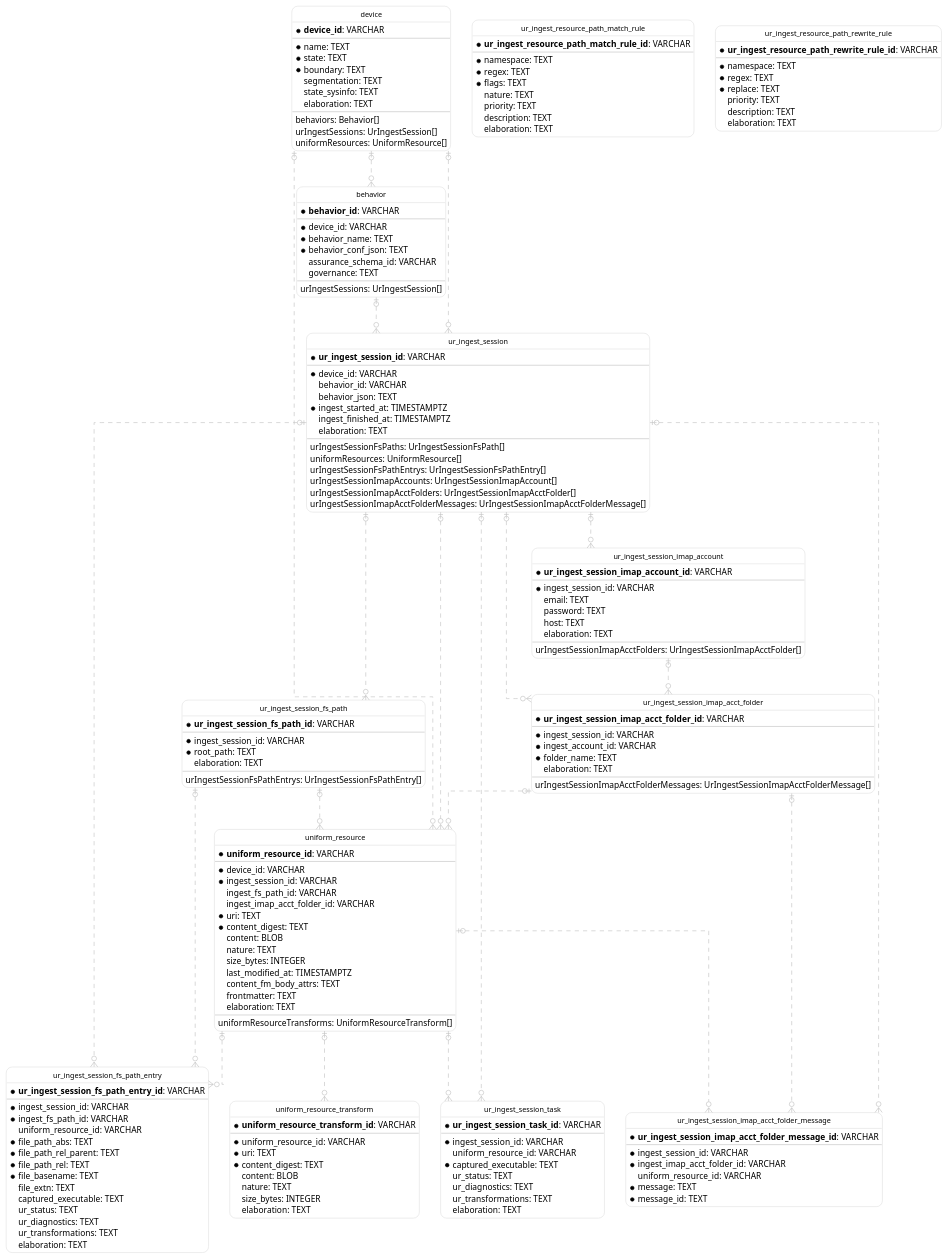
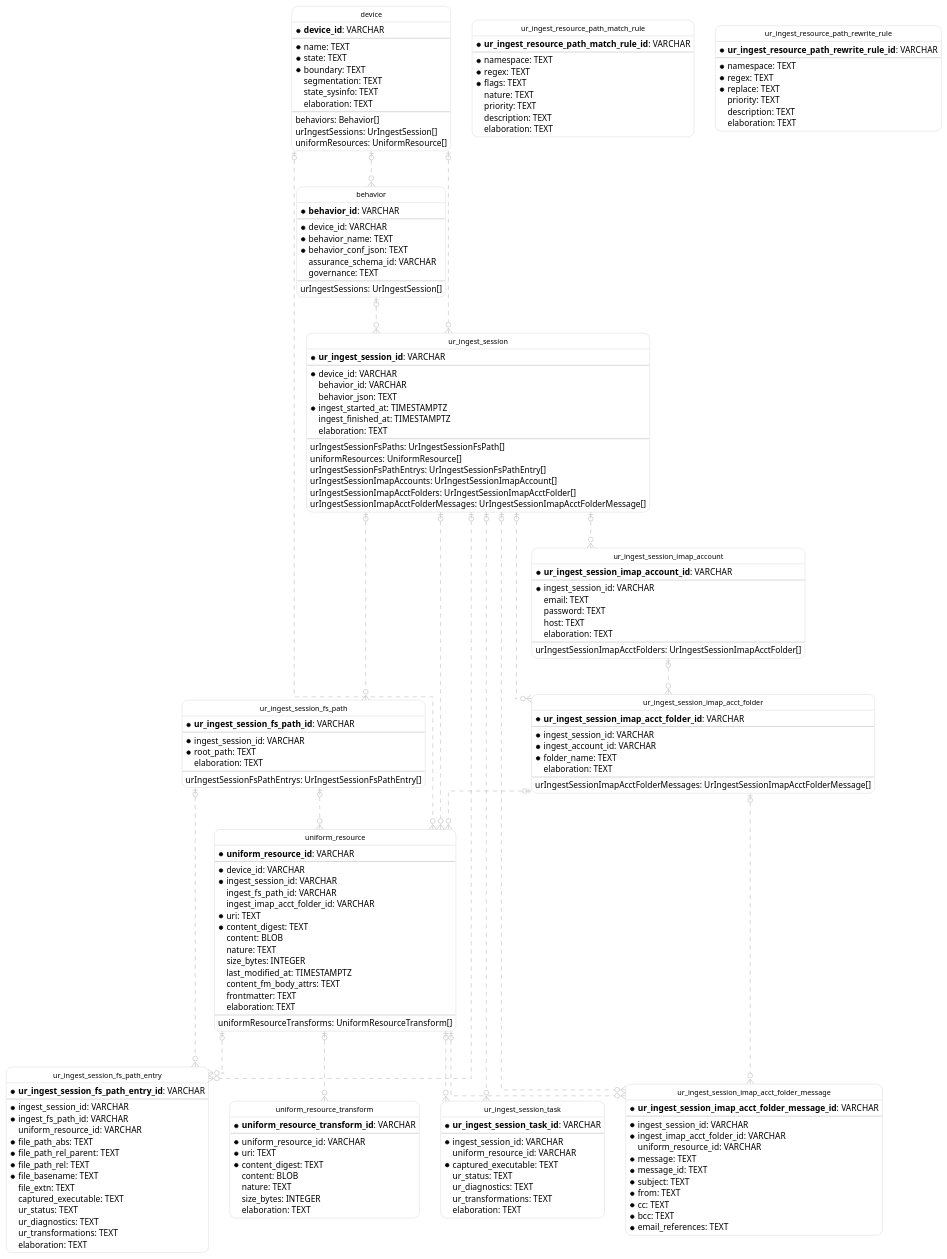
The diagram in support/docs/surveilr-state.auto.puml (opsfolio/resource-surveillance), drawn with PlantUML before and after one commit. The commit also changed 10 other files, not shown here.

```diff
--- a/support/docs/surveilr-state.auto.puml
+++ b/support/docs/surveilr-state.auto.puml
@@ -181,6 +181,11 @@
       uniform_resource_id: VARCHAR
     * message: TEXT
     * message_id: TEXT
+    * subject: TEXT
+    * from: TEXT
+    * cc: TEXT
+    * bcc: TEXT
+    * email_references: TEXT
   }
 
   device |o..o{ behavior
```
